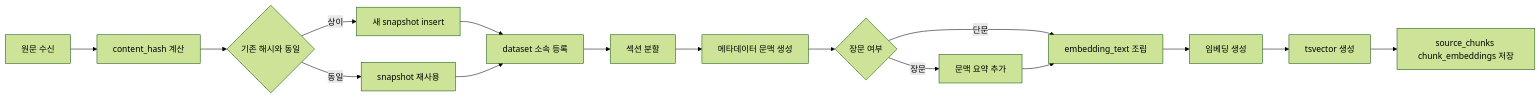
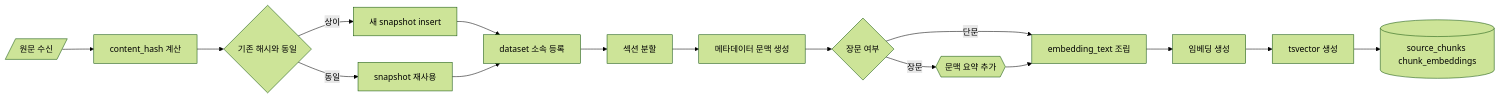
One commit to Mureung1/hub-showcase changed the second of 2 diagrams in docs/knowledge-schema.md. Above: the diagram before and after it, drawn with Mermaid (forest theme). The commit also changed other lines of this file and 3 other files, not shown here.

Commit message:
docs: define knowledge schema, statistics model, and execution layers

````diff
--- a/docs/knowledge-schema.md
+++ b/docs/knowledge-schema.md
@@ -142,18 +142,18 @@
 ```mermaid
 flowchart LR
-    A["원문 수신"] --> B["content_hash 계산"]
+    A[/"원문 수신"/] --> B["content_hash 계산"]
     B --> C{"기존 해시와 동일"}
     C -->|"동일"| D["snapshot 재사용"]
     C -->|"상이"| E["새 snapshot insert"]
     E --> F["dataset 소속 등록"]
     D --> F
     F --> G["섹션 분할"]
     G --> H["메타데이터 문맥 생성"]
     H --> I{"장문 여부"}
-    I -->|"장문"| J["문맥 요약 추가"]
+    I -->|"장문"| J{{"문맥 요약 추가"}}
     I -->|"단문"| K["embedding_text 조립"]
     J --> K
     K --> L["임베딩 생성"]
     L --> M["tsvector 생성"]
-    M --> N["source_chunks chunk_embeddings 저장"]
+    M --> N[("source_chunks chunk_embeddings")]
 ```
````
